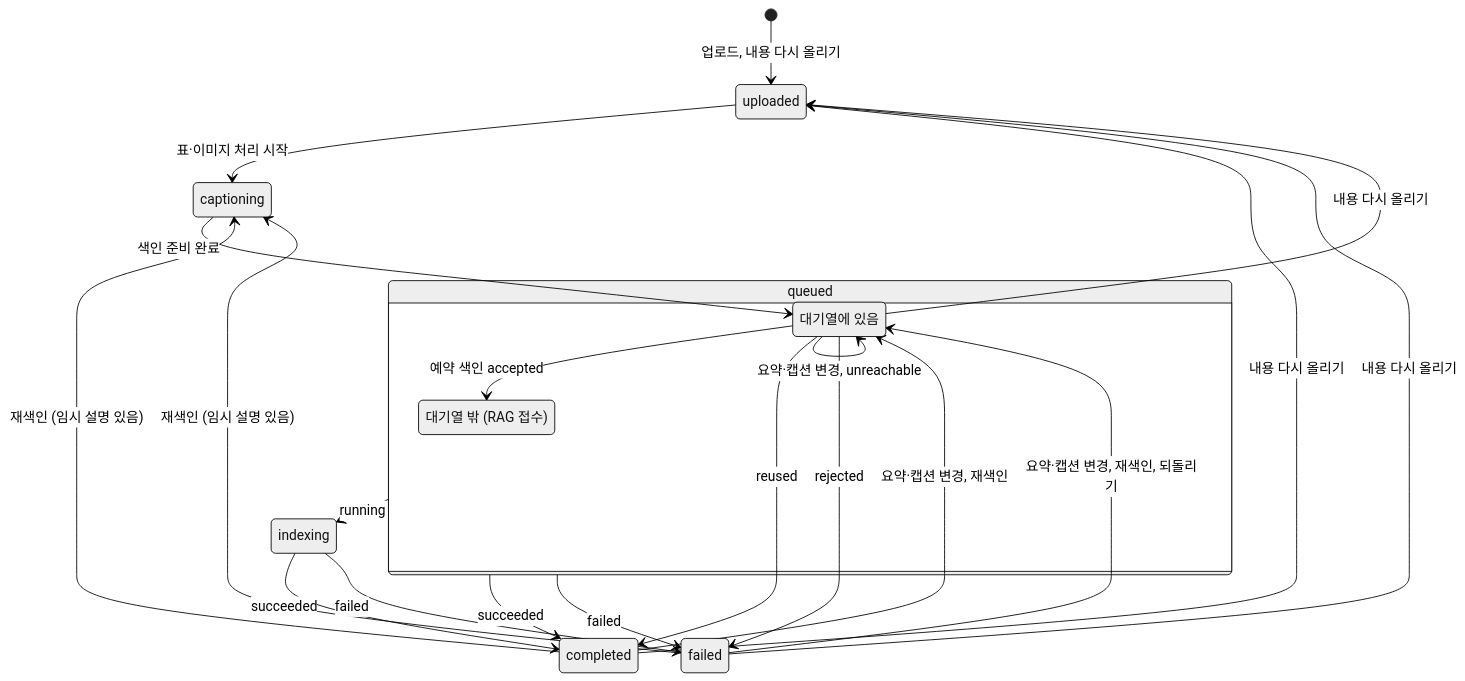
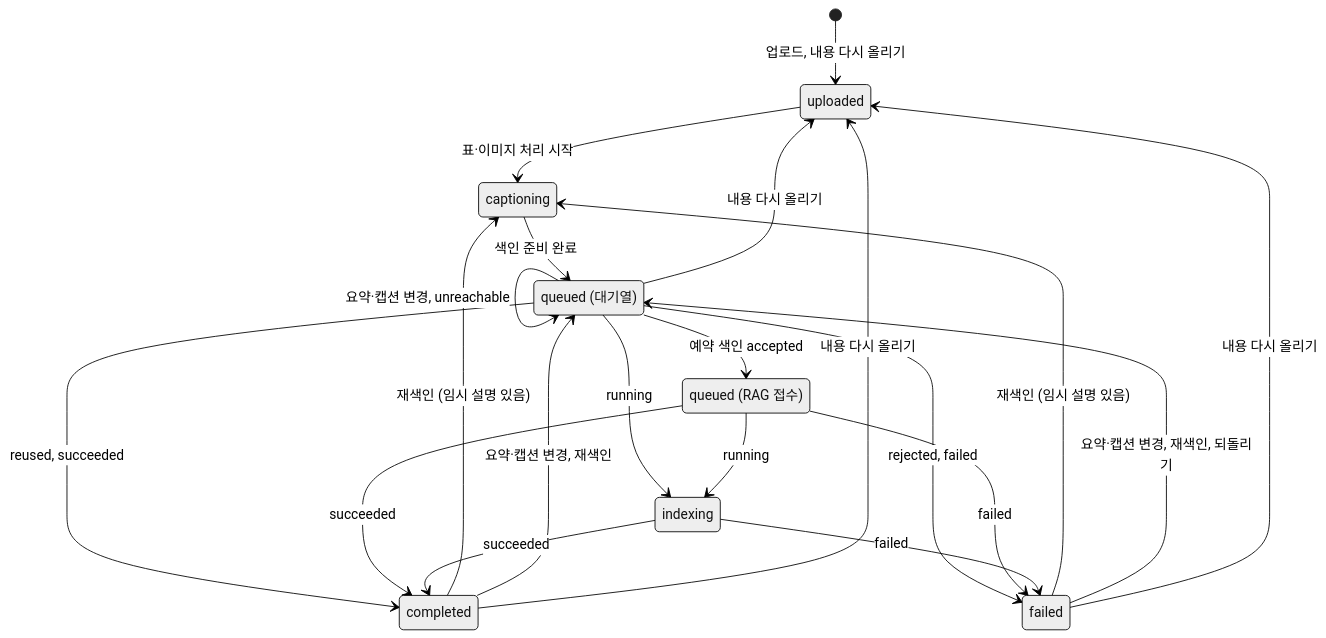
One commit to victor7-aquila/minerva changed the third of 3 diagrams in apps/backend/src/documents/MODULE.md. Above: the diagram before and after it, drawn with Mermaid (neutral theme). The commit also changed other lines of this file and 4 other files, not shown here.

````diff
--- a/apps/backend/src/documents/MODULE.md
+++ b/apps/backend/src/documents/MODULE.md
@@ -578,26 +578,25 @@
 ```mermaid
 stateDiagram-v2
     [*] --> uploaded: 업로드, 내용 다시 올리기
     uploaded --> captioning: 표·이미지 처리 시작
     completed --> captioning: 재색인 (임시 설명 있음)
     failed --> captioning: 재색인 (임시 설명 있음)
-    state queued {
-        inQueue: 대기열에 있음
-        atRag: 대기열 밖 (RAG 접수)
-        inQueue --> atRag: 예약 색인 accepted
-    }
-    captioning --> inQueue: 색인 준비 완료
-    completed --> inQueue: 요약·캡션 변경, 재색인
-    failed --> inQueue: 요약·캡션 변경, 재색인, 되돌리기
-    inQueue --> inQueue: 요약·캡션 변경, unreachable
-    inQueue --> uploaded: 내용 다시 올리기
-    inQueue --> completed: reused
-    inQueue --> failed: rejected
-    queued --> indexing: running
-    queued --> completed: succeeded
-    queued --> failed: failed
+    queued_in_queue: queued (대기열)
+    queued_at_rag: queued (RAG 접수)
+    queued_in_queue --> queued_at_rag: 예약 색인 accepted
+    captioning --> queued_in_queue: 색인 준비 완료
+    completed --> queued_in_queue: 요약·캡션 변경, 재색인
+    failed --> queued_in_queue: 요약·캡션 변경, 재색인, 되돌리기
+    queued_in_queue --> queued_in_queue: 요약·캡션 변경, unreachable
+    queued_in_queue --> uploaded: 내용 다시 올리기
+    queued_in_queue --> completed: reused, succeeded
+    queued_in_queue --> failed: rejected, failed
+    queued_in_queue --> indexing: running
+    queued_at_rag --> indexing: running
+    queued_at_rag --> completed: succeeded
+    queued_at_rag --> failed: failed
     indexing --> completed: succeeded
     indexing --> failed: failed
     completed --> uploaded: 내용 다시 올리기
     failed --> uploaded: 내용 다시 올리기
 ```
````
